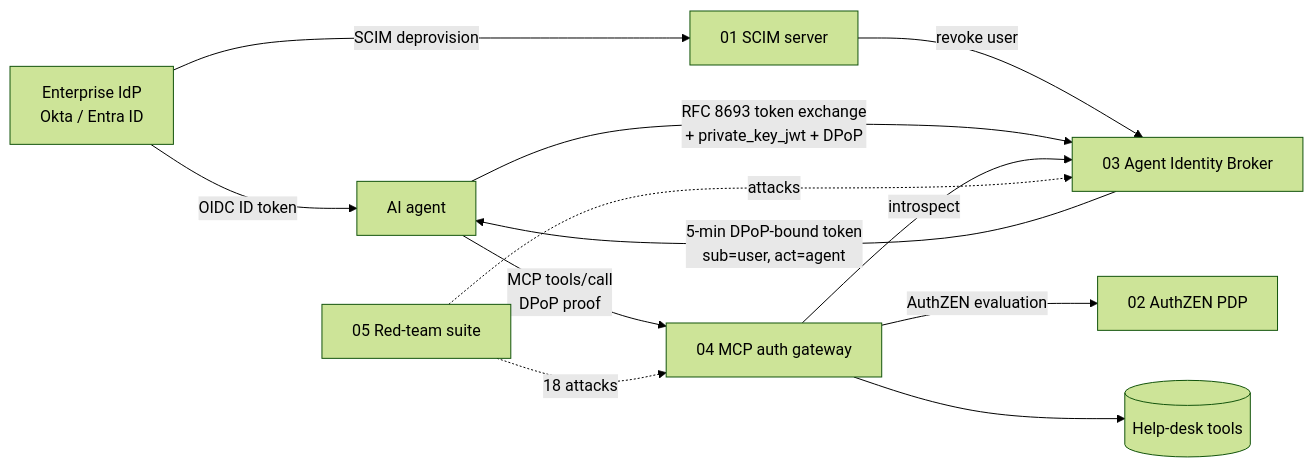
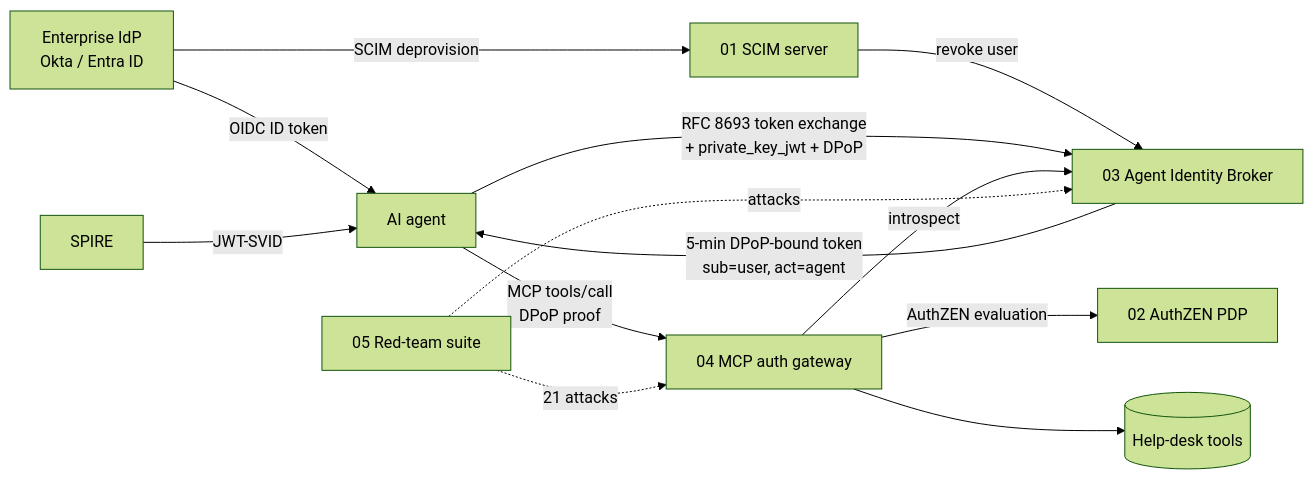
The diagram in README.md (ppaulette/Agentic-AI-Identity-Security), drawn with Mermaid (forest theme) before and after one commit. The commit also changed other lines of this file and 17 other files, not shown here.

````diff
--- a/README.md
+++ b/README.md
@@ -22,14 +22,15 @@
 ```mermaid
 flowchart LR
     IdP[Enterprise IdP<br/>Okta / Entra ID] -- OIDC ID token --> Agent
     IdP -- SCIM deprovision --> SCIM[01 SCIM server]
     SCIM -- revoke user --> Broker
     Agent[AI agent] -- RFC 8693 token exchange<br/>+ private_key_jwt + DPoP --> Broker[03 Agent Identity Broker]
     Broker -- 5-min DPoP-bound token<br/>sub=user, act=agent --> Agent
     Agent -- MCP tools/call<br/>DPoP proof --> GW[04 MCP auth gateway]
     GW -- introspect --> Broker
     GW -- AuthZEN evaluation --> PDP[02 AuthZEN PDP]
     GW --> Tools[(Help-desk tools)]
-    RT[05 Red-team suite] -. 18 attacks .-> GW
+    RT[05 Red-team suite] -. 21 attacks .-> GW
+    SPIRE[SPIRE] -- JWT-SVID --> Agent
     RT -. attacks .-> Broker
 ```
````
